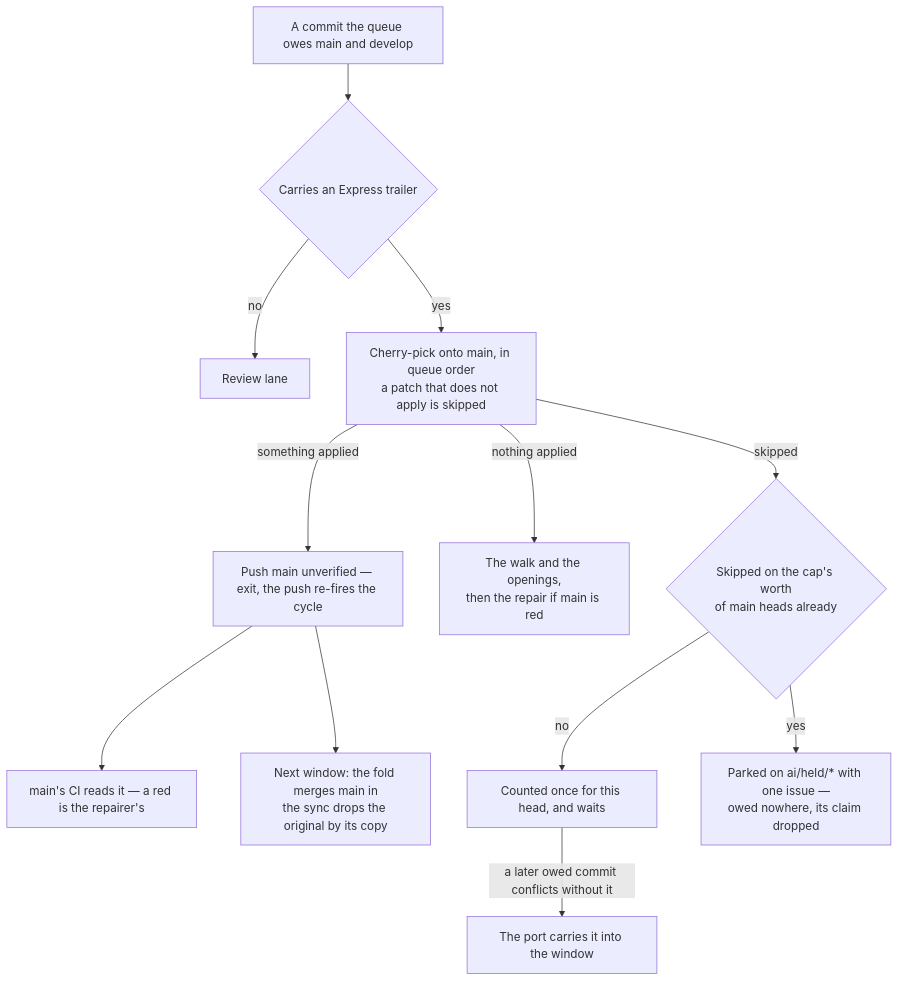
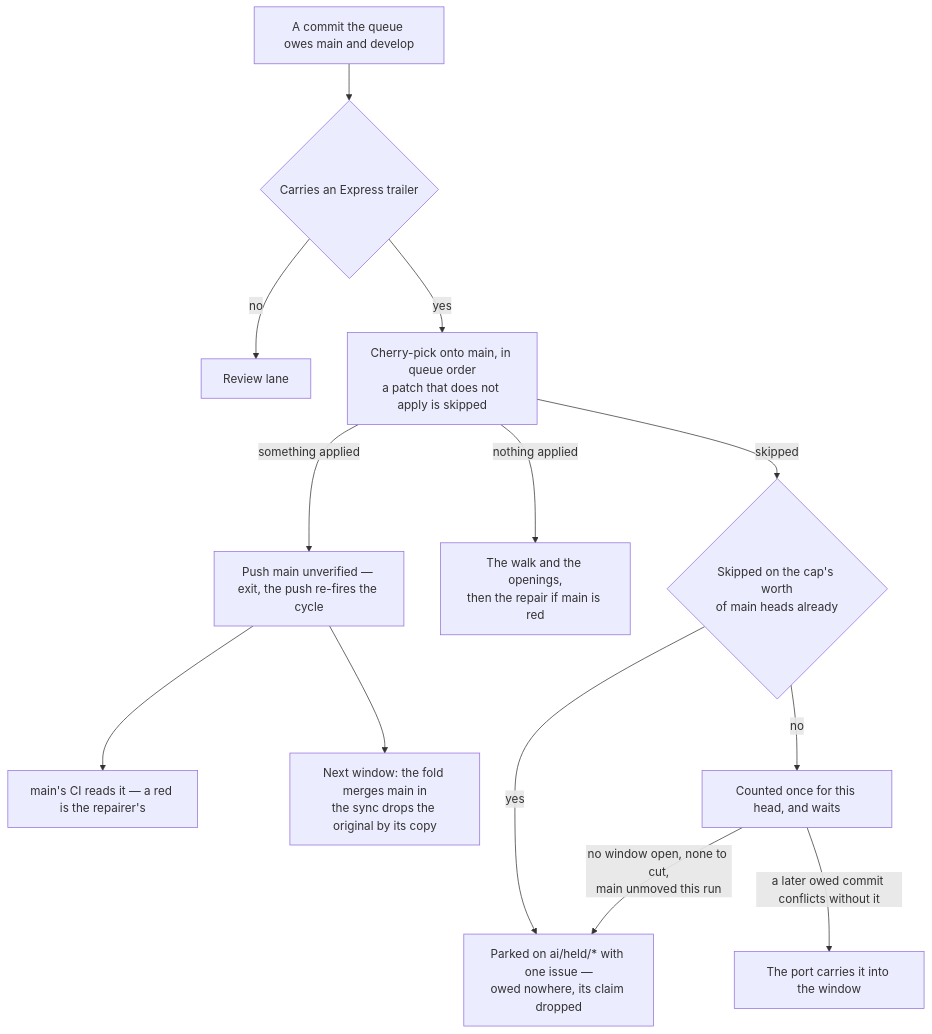
One commit to Esposter/Esposter changed the diagram in apps/web/content/docs/infra/review-collector/express-lane.md. Above: the diagram before and after it, drawn with Mermaid. The commit also changed other lines of this file and 43 other files, not shown here.

````diff
--- a/apps/web/content/docs/infra/review-collector/express-lane.md
+++ b/apps/web/content/docs/infra/review-collector/express-lane.md
@@ -25,14 +27,15 @@
 ```mermaid
 flowchart TD
   C[A commit the queue owes main and develop] --> T{Carries an Express trailer}
   T -->|no| RV[Review lane]
   T -->|yes| EX[Cherry-pick onto main, in queue order<br/>a patch that does not apply is skipped]
   EX -->|something applied| PU[Push main unverified — exit, the push re-fires the cycle]
   EX -->|nothing applied| MR[The walk and the openings,<br/>then the repair if main is red]
   PU --> CI[main's CI reads it — a red is the repairer's]
   PU --> FO[Next window: the fold merges main in<br/>the sync drops the original by its copy]
   EX -->|skipped| AT{Skipped on the cap's worth<br/>of main heads already}
   AT -->|no| WT[Counted once for this head, and waits]
+  WT -->|no window open, none to cut,<br/>main unmoved this run| PK
   WT -->|a later owed commit conflicts without it| CA[The port carries it into the window]
   AT -->|yes| PK[Parked on ai/held/* with one issue —<br/>owed nowhere, its claim dropped]
 ```
````
